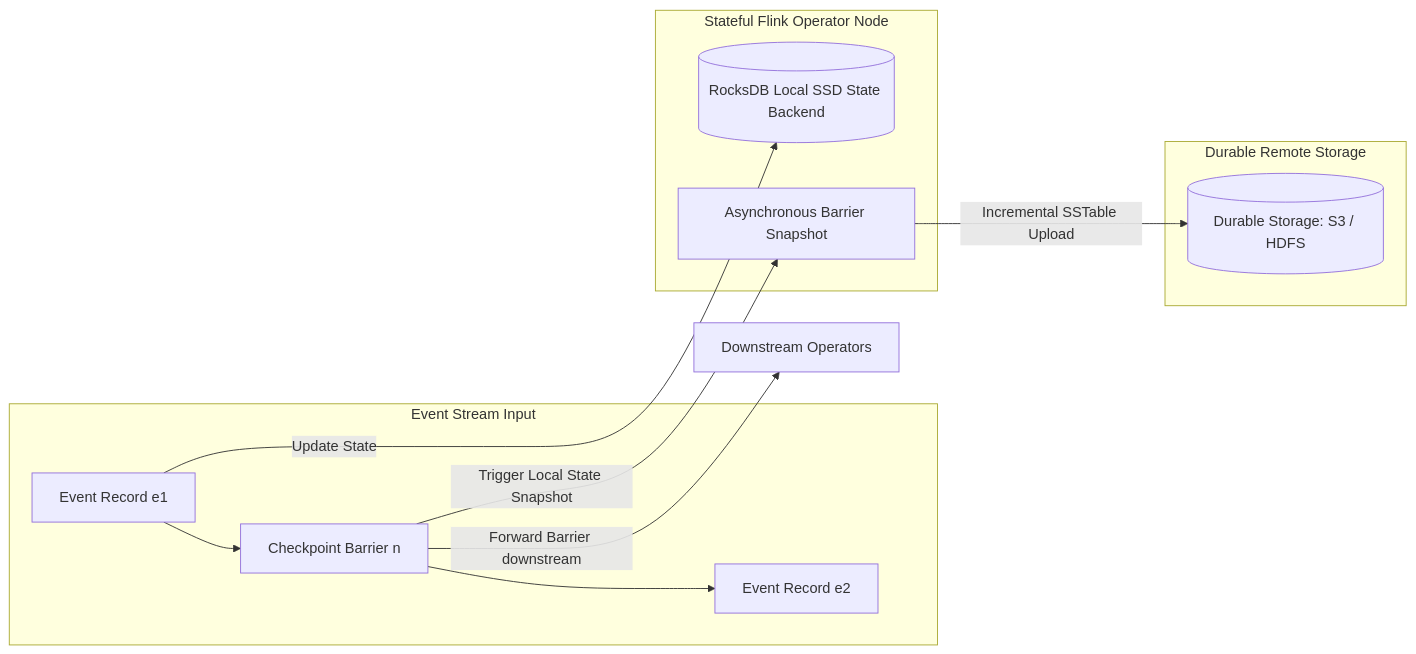
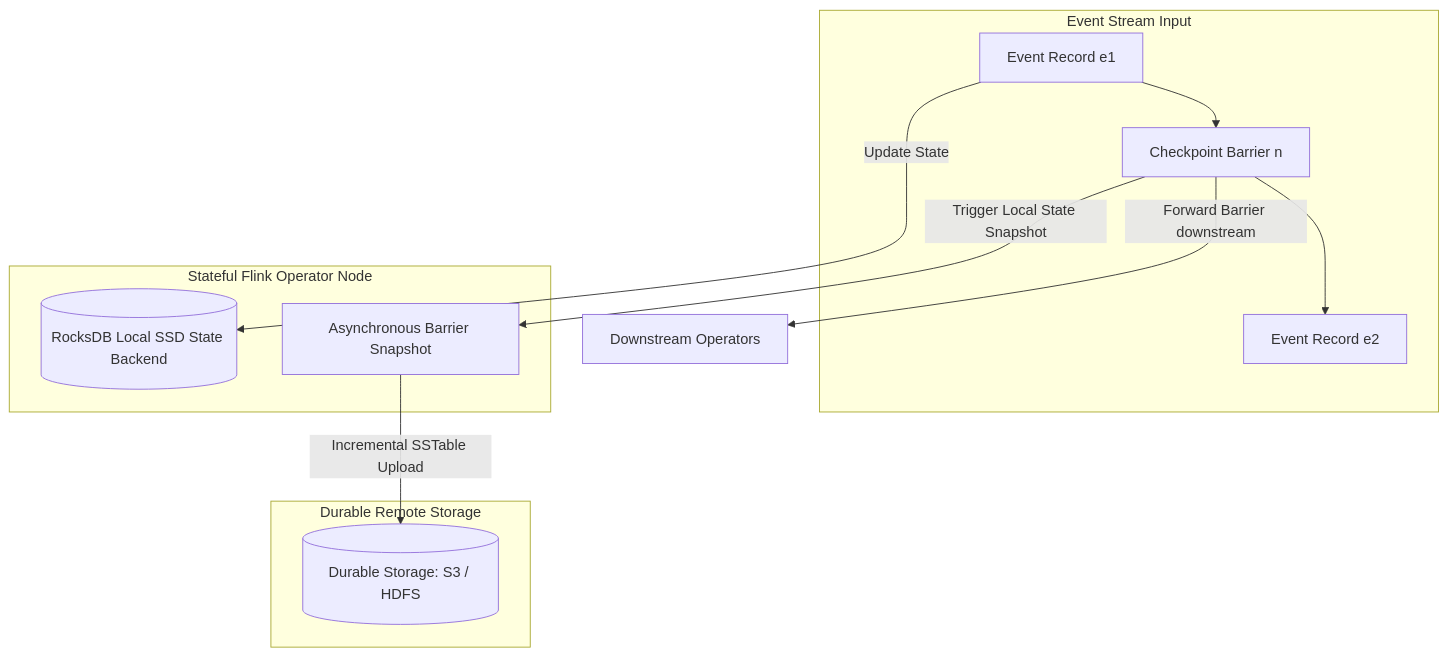
Before and after one commit to akmalkhaniub/akmalkhaniub.github.io: the diagram in blog/posts/stateful-stream-processing-apache-flink-rocksdb-checkpointing.md, drawn with Mermaid. The commit also changed 411 other files, not shown here.

````diff
--- a/blog/posts/stateful-stream-processing-apache-flink-rocksdb-checkpointing.md
+++ b/blog/posts/stateful-stream-processing-apache-flink-rocksdb-checkpointing.md
@@ -17,18 +17,18 @@
 ```mermaid
-graph LR
+flowchart TD
   subgraph SG1_EventStreamInput ["Event Stream Input"]
     S1[Event Record e1] --> B1[Checkpoint Barrier n]
     B1 --> S2[Event Record e2]
   end
   
   subgraph SG2_StatefulFlinkOperator ["Stateful Flink Operator Node"]
     S1 -->|Update State| R[(RocksDB Local SSD State Backend)]
     B1 -->|Trigger Local State Snapshot| ABS[Asynchronous Barrier Snapshot]
   end
   
   subgraph SG3_DurableRemoteStorage ["Durable Remote Storage"]
     ABS -->|Incremental SSTable Upload| S3[(Durable Storage: S3 / HDFS)]
   end
   
   B1 -->|Forward Barrier downstream| OUT[Downstream Operators]
 ```
````
